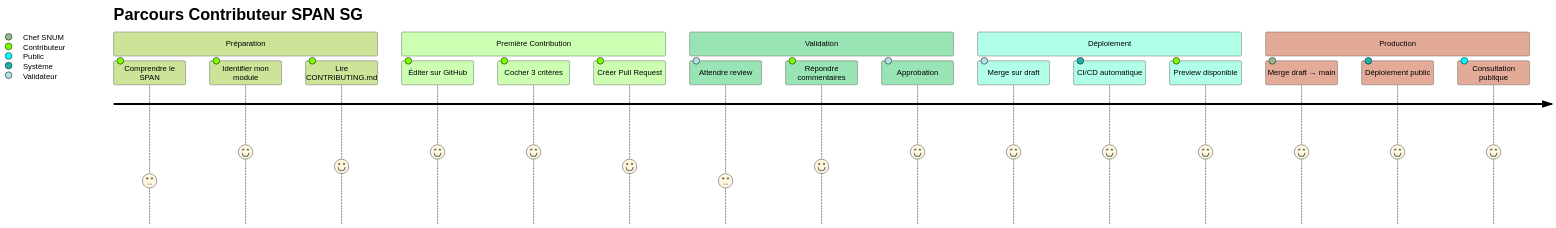
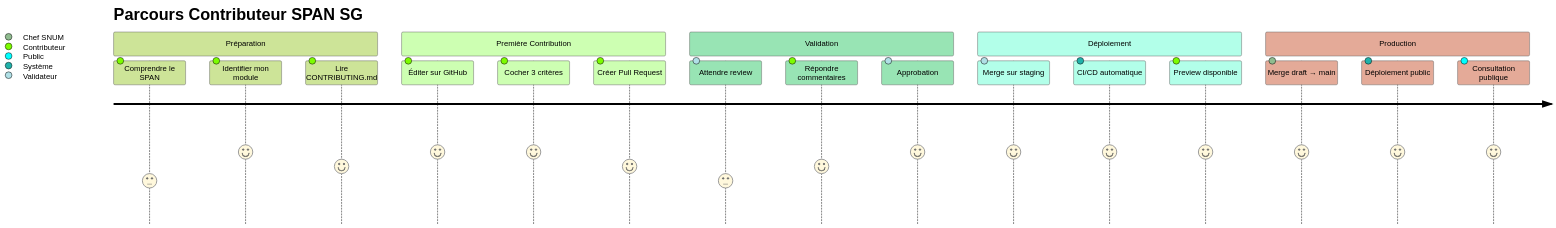
One commit to Alexmacapple/span-sg changed the first of 7 diagrams in docs/onboarding-visual.md. Above: the diagram before and after it, drawn with Mermaid (forest theme). The commit also changed other lines of this file and 12 other files, not shown here.

First line of the commit message:
docs: renommer toutes références /draft/ vers /staging/

````diff
--- a/docs/onboarding-visual.md
+++ b/docs/onboarding-visual.md
@@ -15,24 +15,24 @@
 ```mermaid
 journey
     title Parcours Contributeur SPAN SG
     section Préparation
       Comprendre le SPAN: 3: Contributeur
       Identifier mon module: 5: Contributeur
       Lire CONTRIBUTING.md: 4: Contributeur
     section Première Contribution
       Éditer sur GitHub: 5: Contributeur
       Cocher 3 critères: 5: Contributeur
       Créer Pull Request: 4: Contributeur
     section Validation
       Attendre review: 3: Validateur
       Répondre commentaires: 4: Contributeur
       Approbation: 5: Validateur
     section Déploiement
-      Merge sur draft: 5: Validateur
+      Merge sur staging: 5: Validateur
       CI/CD automatique: 5: Système
       Preview disponible: 5: Contributeur
     section Production
       Merge draft → main: 5: Chef SNUM
       Déploiement public: 5: Système
       Consultation publique: 5: Public
 ```
````
